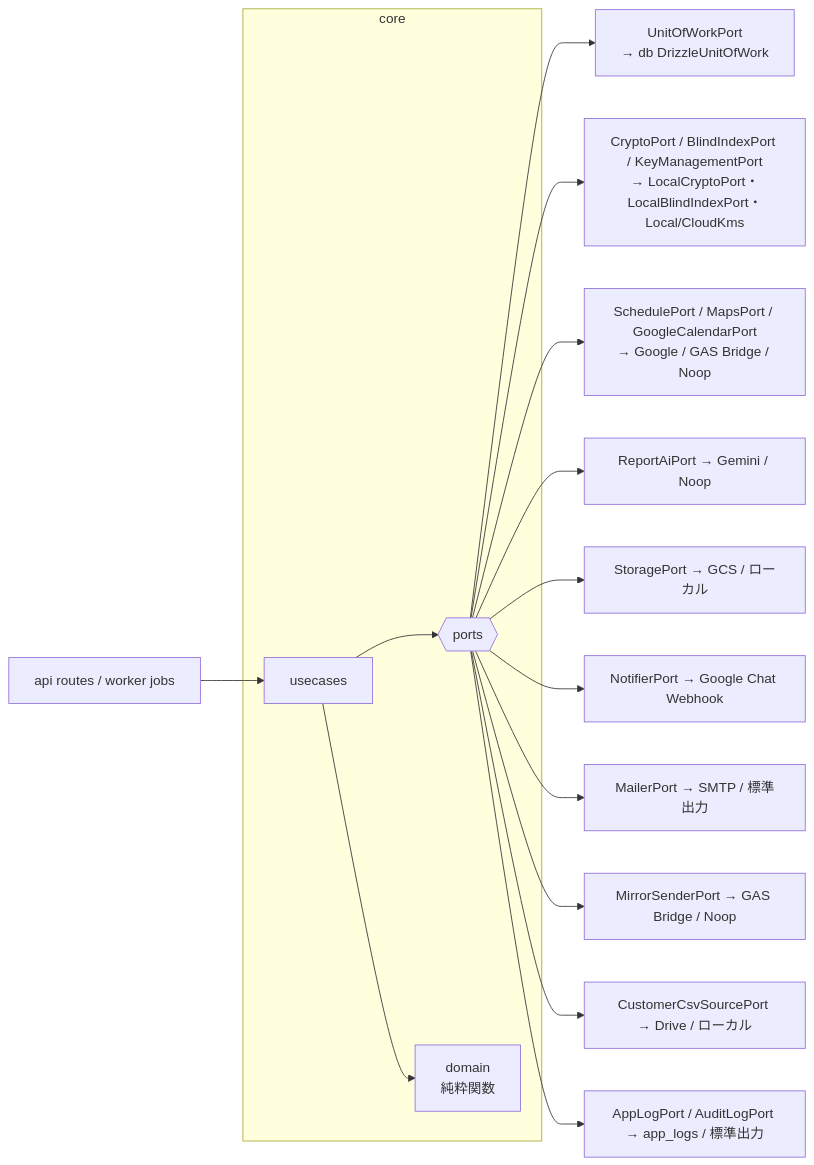
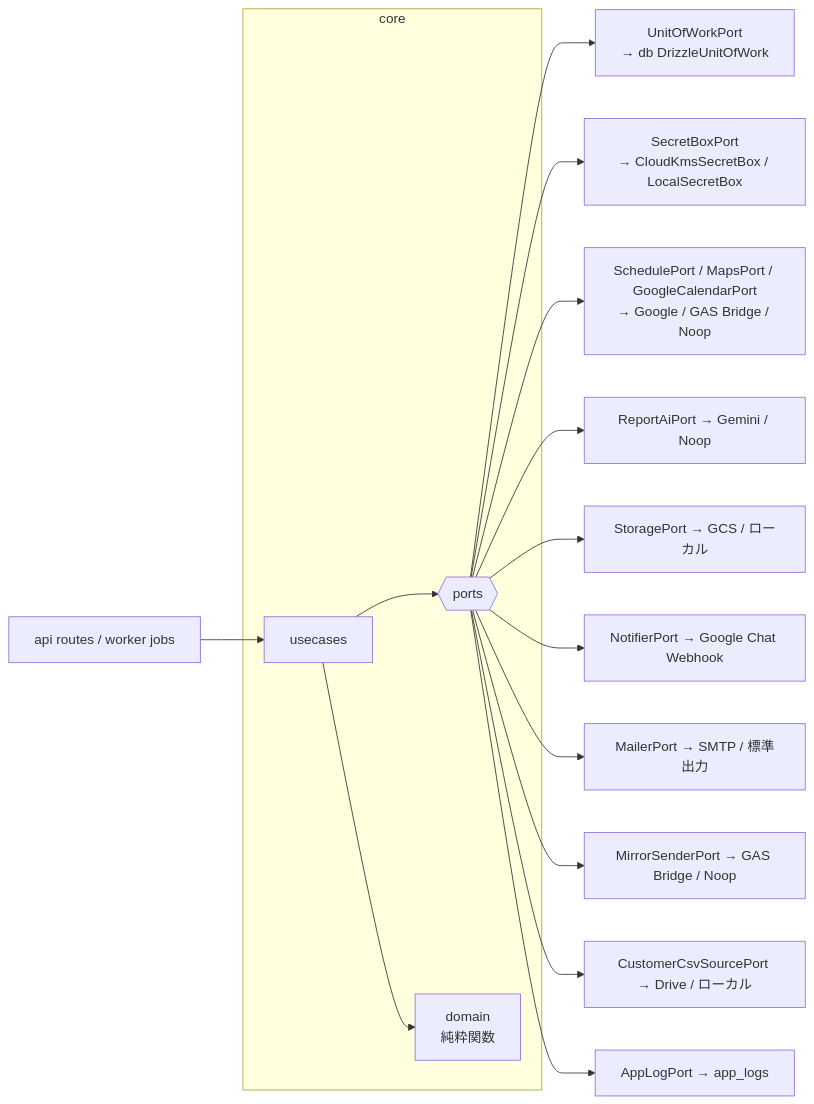
Before and after one commit to katahimo-dev/katahimo-app: the third of 5 diagrams in doc/01_システム概要.md, drawn with Mermaid. The commit also changed other lines of this file and 13 other files, not shown here.

First line of the commit message:
資料: 保存データの保護(CMEK・SecretBox)を設計資料・CLAUDE.md・更新履歴に書く

````diff
--- a/doc/01_システム概要.md
+++ b/doc/01_システム概要.md
@@ -115,18 +115,18 @@
 ```mermaid
 flowchart LR
   subgraph core[core]
     uc[usecases] --> ports{{ports}}
     uc --> domain[domain<br/>純粋関数]
   end
   routes[api routes / worker jobs] --> uc
   ports --> uow[UnitOfWorkPort<br/>→ db DrizzleUnitOfWork]
-  ports --> crypto[CryptoPort / BlindIndexPort / KeyManagementPort<br/>→ LocalCryptoPort・LocalBlindIndexPort・Local/CloudKms]
+  ports --> secret[SecretBoxPort<br/>→ CloudKmsSecretBox / LocalSecretBox]
   ports --> sched[SchedulePort / MapsPort / GoogleCalendarPort<br/>→ Google / GAS Bridge / Noop]
   ports --> ai[ReportAiPort → Gemini / Noop]
   ports --> store[StoragePort → GCS / ローカル]
   ports --> notify[NotifierPort → Google Chat Webhook]
   ports --> mail[MailerPort → SMTP / 標準出力]
   ports --> mirror[MirrorSenderPort → GAS Bridge / Noop]
   ports --> csv[CustomerCsvSourcePort → Drive / ローカル]
-  ports --> log[AppLogPort / AuditLogPort → app_logs / 標準出力]
+  ports --> log[AppLogPort → app_logs]
 ```
````
